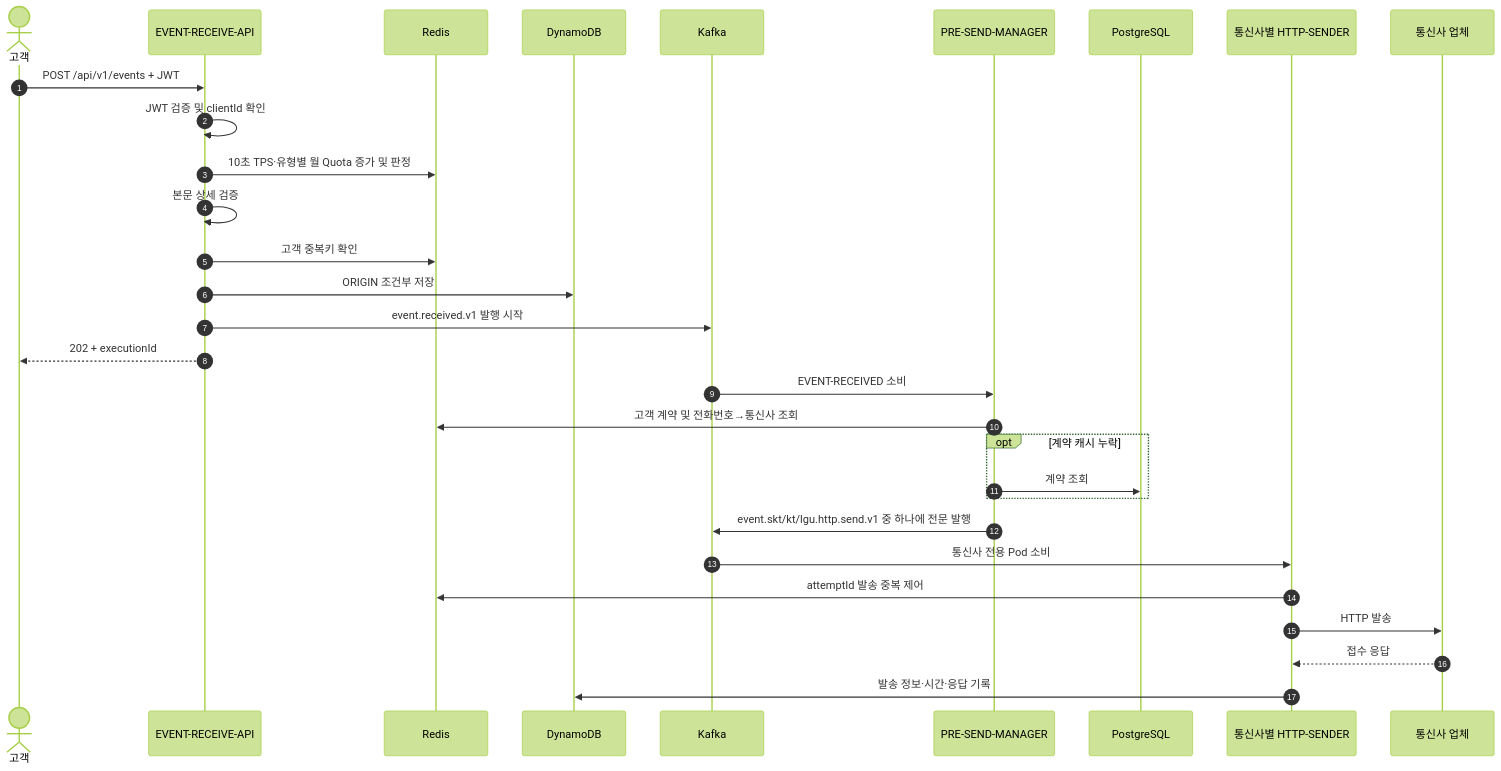
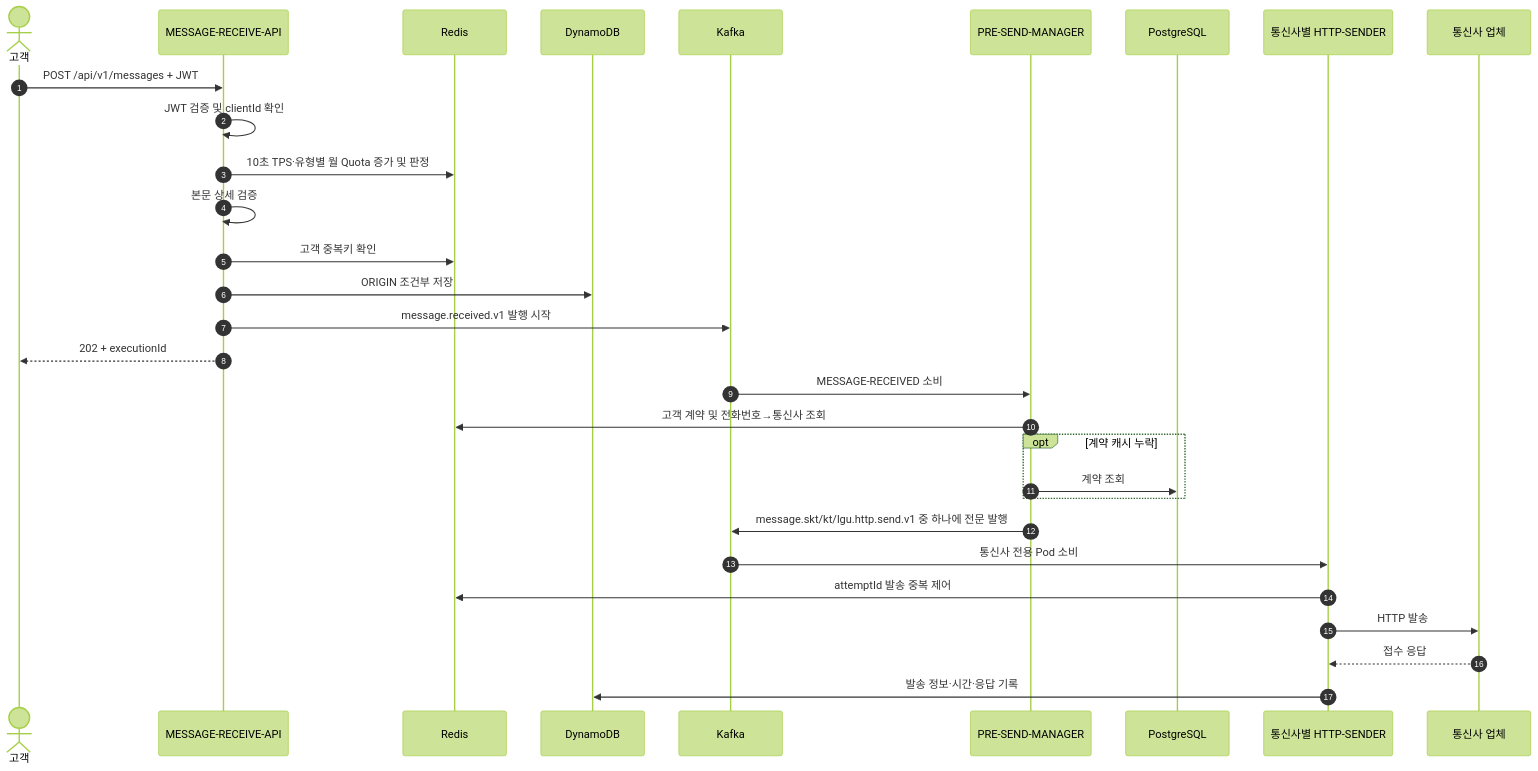
The first of 6 diagrams in docs/04-요청-접수부터-최종-결과까지의-전체-흐름.md (hyun-seung/High-throughput-event-platform), drawn with Mermaid (forest theme) before and after one commit. The commit also changed other lines of this file and 16 other files, not shown here.

````diff
--- a/docs/04-요청-접수부터-최종-결과까지의-전체-흐름.md
+++ b/docs/04-요청-접수부터-최종-결과까지의-전체-흐름.md
@@ -9,32 +9,32 @@
 ```mermaid
 sequenceDiagram
     autonumber
     actor C as 고객
-    participant A as EVENT-RECEIVE-API
+    participant A as MESSAGE-RECEIVE-API
     participant R as Redis
     participant D as DynamoDB
     participant K as Kafka
     participant M as PRE-SEND-MANAGER
     participant Q as PostgreSQL
     participant S as 통신사별 HTTP-SENDER
     participant P as 통신사 업체
-    C->>A: POST /api/v1/events + JWT
+    C->>A: POST /api/v1/messages + JWT
     A->>A: JWT 검증 및 clientId 확인
     A->>R: 10초 TPS·유형별 월 Quota 증가 및 판정
     A->>A: 본문 상세 검증
     A->>R: 고객 중복키 확인
     A->>D: ORIGIN 조건부 저장
-    A->>K: event.received.v1 발행 시작
+    A->>K: message.received.v1 발행 시작
     A-->>C: 202 + executionId
-    K->>M: EVENT-RECEIVED 소비
+    K->>M: MESSAGE-RECEIVED 소비
     M->>R: 고객 계약 및 전화번호→통신사 조회
     opt 계약 캐시 누락
         M->>Q: 계약 조회
     end
-    M->>K: event.skt/kt/lgu.http.send.v1 중 하나에 전문 발행
+    M->>K: message.skt/kt/lgu.http.send.v1 중 하나에 전문 발행
     K->>S: 통신사 전용 Pod 소비
     S->>R: attemptId 발송 중복 제어
     S->>P: HTTP 발송
     P-->>S: 접수 응답
     S->>D: 발송 정보·시간·응답 기록
 ```
````
